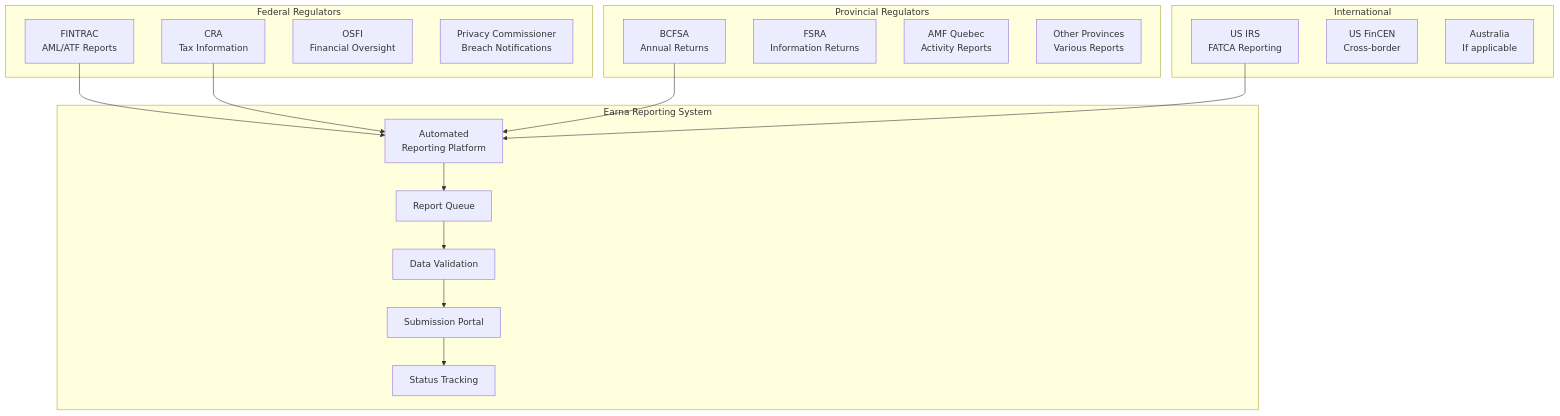
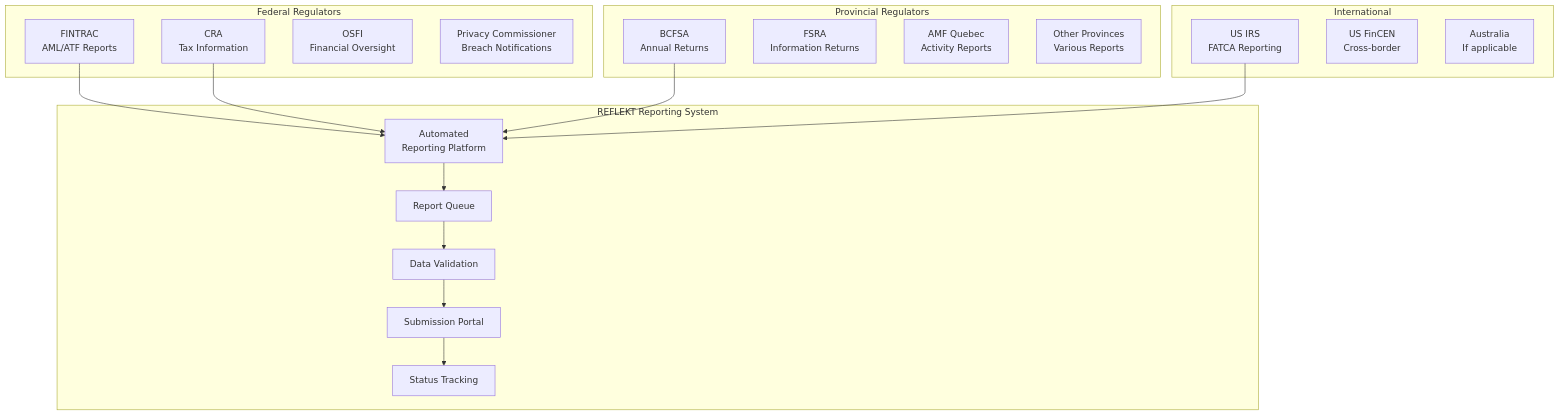
One commit to identity-wael/REFLEKT changed the first of 4 diagrams in docs-nextra/src/content/compliance/operational-compliance/reporting/index.mdx. Above: the diagram before and after it, drawn with Mermaid. The commit also changed other lines of this file and 88 other files, not shown here.

First line of the commit message:
docs: rebrand docs-nextra from Earna AI to REFLEKT

````diff
--- a/docs-nextra/src/content/compliance/operational-compliance/reporting/index.mdx
+++ b/docs-nextra/src/content/compliance/operational-compliance/reporting/index.mdx
@@ -9,40 +9,40 @@
 ```mermaid
 graph TB
     subgraph "Federal Regulators"
         FINTRAC[FINTRAC<br/>AML/ATF Reports]
         CRA[CRA<br/>Tax Information]
         OSFI[OSFI<br/>Financial Oversight]
         OPC[Privacy Commissioner<br/>Breach Notifications]
     end
 
     subgraph "Provincial Regulators"
         BCFSA[BCFSA<br/>Annual Returns]
         FSRA[FSRA<br/>Information Returns]
         AMF[AMF Quebec<br/>Activity Reports]
         Others[Other Provinces<br/>Various Reports]
     end
 
     subgraph "International"
         IRS[US IRS<br/>FATCA Reporting]
         FinCEN[US FinCEN<br/>Cross-border]
         AUSTRAC[Australia<br/>If applicable]
     end
 
-    subgraph "Earna Reporting System"
+    subgraph "REFLEKT Reporting System"
         System[Automated<br/>Reporting Platform]
         Queue[Report Queue]
         Validation[Data Validation]
         Submission[Submission Portal]
         Tracking[Status Tracking]
     end
 
     FINTRAC --> System
     CRA --> System
     BCFSA --> System
     IRS --> System
 
     System --> Queue
     Queue --> Validation
     Validation --> Submission
     Submission --> Tracking
 ```
````
